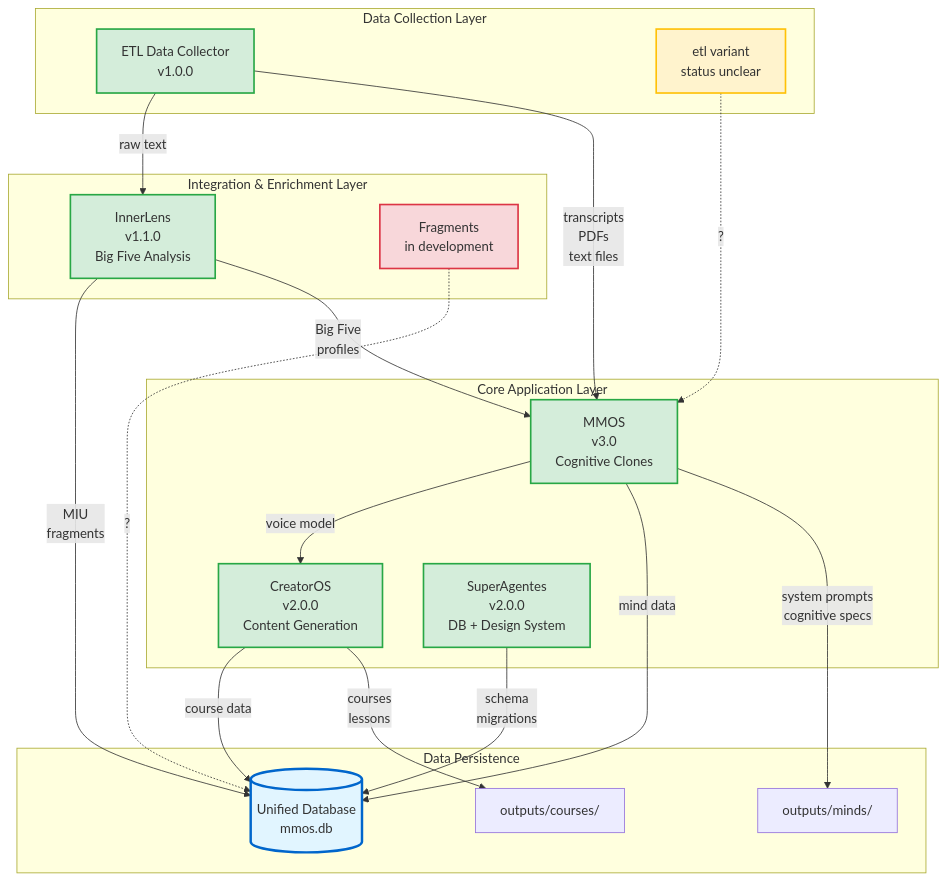
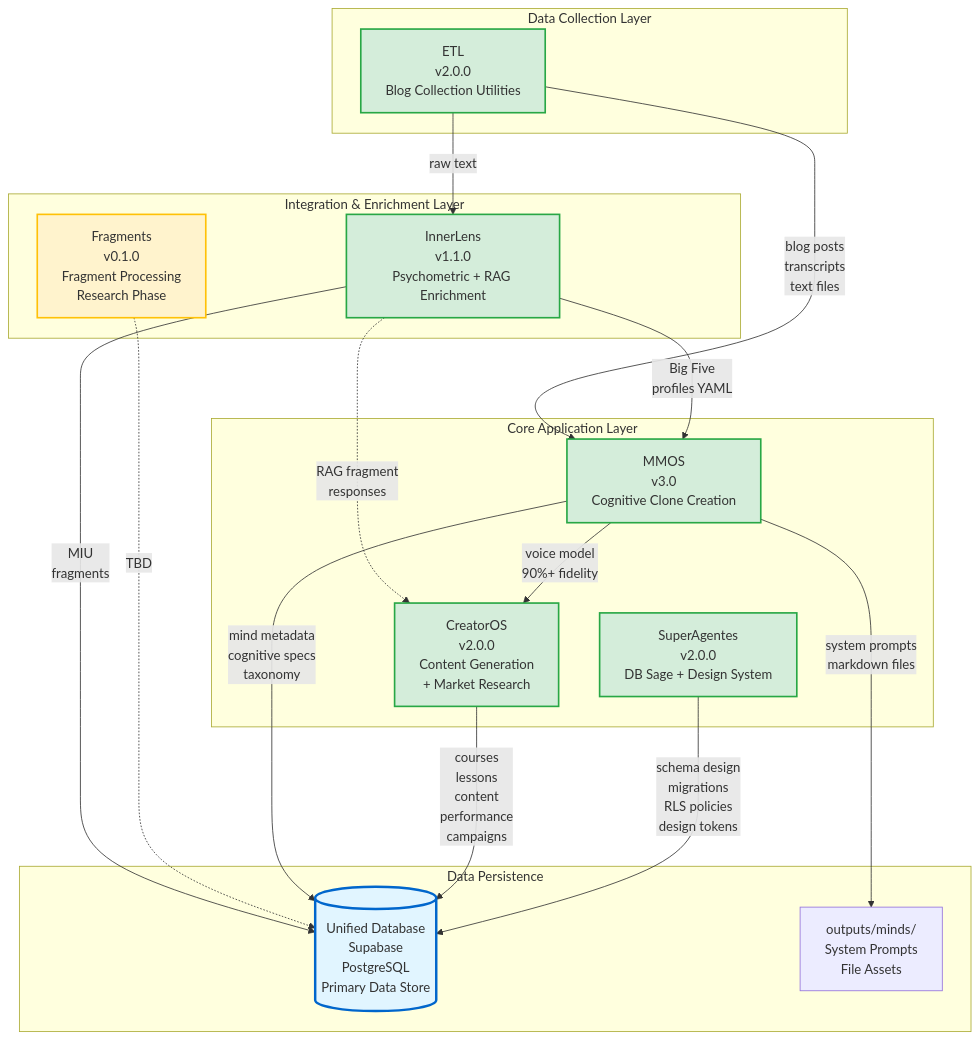
The diagram in docs/expansion-packs/dependency-graph.md (roverigor/cursos-academia-lendaria), drawn with Mermaid before and after one commit. The commit also changed other lines of this file and 5 other files, not shown here.

First line of the commit message:
docs: remove outdated CreatorOS mega prompt and update dependency graph

````diff
--- a/docs/expansion-packs/dependency-graph.md
+++ b/docs/expansion-packs/dependency-graph.md
@@ -9,53 +9,49 @@
 ```mermaid
 graph TB
     subgraph "Data Collection Layer"
-        ETL[ETL Data Collector<br/>v1.0.0]
-        ETLv[etl variant<br/>status unclear]
+        ETL[ETL<br/>v2.0.0<br/>Blog Collection Utilities]
     end
 
     subgraph "Integration & Enrichment Layer"
-        InnerLens[InnerLens<br/>v1.1.0<br/>Big Five Analysis]
-        Fragments[Fragments<br/>in development]
+        InnerLens[InnerLens<br/>v1.1.0<br/>Psychometric + RAG Enrichment]
+        Fragments[Fragments<br/>v0.1.0<br/>Fragment Processing<br/>Research Phase]
     end
 
     subgraph "Core Application Layer"
-        MMOS[MMOS<br/>v3.0<br/>Cognitive Clones]
-        CreatorOS[CreatorOS<br/>v2.0.0<br/>Content Generation]
-        SuperAgentes[SuperAgentes<br/>v2.0.0<br/>DB + Design System]
+        MMOS[MMOS<br/>v3.0<br/>Cognitive Clone Creation]
+        CreatorOS[CreatorOS<br/>v2.0.0<br/>Content Generation<br/>+ Market Research]
+        SuperAgentes[SuperAgentes<br/>v2.0.0<br/>DB Sage + Design System]
     end
 
     subgraph "Data Persistence"
-        DB[(Unified Database<br/>mmos.db)]
-        OutputsMinds[outputs/minds/]
-        OutputsCourses[outputs/courses/]
+        DB[(Unified Database<br/>Supabase<br/>PostgreSQL<br/>Primary Data Store)]
+        OutputsMinds[outputs/minds/<br/>System Prompts<br/>File Assets]
     end
 
     %% Data Collection → Applications
-    ETL -->|transcripts<br/>PDFs<br/>text files| MMOS
+    ETL -->|blog posts<br/>transcripts<br/>text files| MMOS
     ETL -->|raw text| InnerLens
 
     %% Enrichment → Applications
-    InnerLens -->|Big Five<br/>profiles| MMOS
+    InnerLens -->|Big Five<br/>profiles YAML| MMOS
     InnerLens -->|MIU<br/>fragments| DB
-    Fragments -.->|?| DB
+    InnerLens -.->|RAG fragment<br/>responses| CreatorOS
+    Fragments -.->|TBD| DB
 
-    %% Applications → Outputs
-    MMOS -->|system prompts<br/>cognitive specs| OutputsMinds
-    MMOS -->|mind data| DB
-    MMOS -->|voice model| CreatorOS
-    CreatorOS -->|courses<br/>lessons| OutputsCourses
-    CreatorOS -->|course data| DB
-    SuperAgentes -->|schema<br/>migrations| DB
+    %% Applications → Database (Primary)
+    MMOS -->|mind metadata<br/>cognitive specs<br/>taxonomy| DB
+    CreatorOS -->|courses<br/>lessons<br/>content<br/>performance<br/>campaigns| DB
+    SuperAgentes -->|schema design<br/>migrations<br/>RLS policies<br/>design tokens| DB
 
-    %% ETL variant (unclear)
-    ETLv -.->|?| MMOS
+    %% Applications → File System (Assets)
+    MMOS -->|system prompts<br/>markdown files| OutputsMinds
+    MMOS -->|voice model<br/>90%+ fidelity| CreatorOS
 
     style DB fill:#e1f5ff,stroke:#0066cc,stroke-width:3px
     style MMOS fill:#d4edda,stroke:#28a745,stroke-width:2px
     style CreatorOS fill:#d4edda,stroke:#28a745,stroke-width:2px
     style InnerLens fill:#d4edda,stroke:#28a745,stroke-width:2px
     style ETL fill:#d4edda,stroke:#28a745,stroke-width:2px
     style SuperAgentes fill:#d4edda,stroke:#28a745,stroke-width:2px
-    style Fragments fill:#f8d7da,stroke:#dc3545,stroke-width:2px
-    style ETLv fill:#fff3cd,stroke:#ffc107,stroke-width:2px
+    style Fragments fill:#fff3cd,stroke:#ffc107,stroke-width:2px
 ```
````
